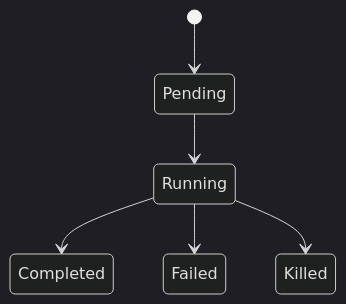
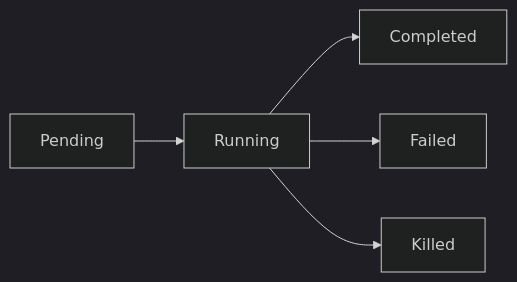
Diagram 31 of 44 in docs/00-architecture-all-in-one.md (AICCer1/claude-code-build-architecture-deep-dive), drawn with Mermaid (dark theme) before and after one commit. The commit also changed other lines of this file, not shown here.

Commit message:
Simplify section 10 Mermaid diagrams for compatibility

````diff
--- a/docs/00-architecture-all-in-one.md
+++ b/docs/00-architecture-all-in-one.md
@@ -762,8 +762,7 @@
 ```mermaid
-stateDiagram-v2
-    [*] --> Pending
-    Pending --> Running
-    Running --> Completed
-    Running --> Failed
-    Running --> Killed
+flowchart LR
+    P[Pending] --> R[Running]
+    R --> C[Completed]
+    R --> F[Failed]
+    R --> K[Killed]
 ```
````
